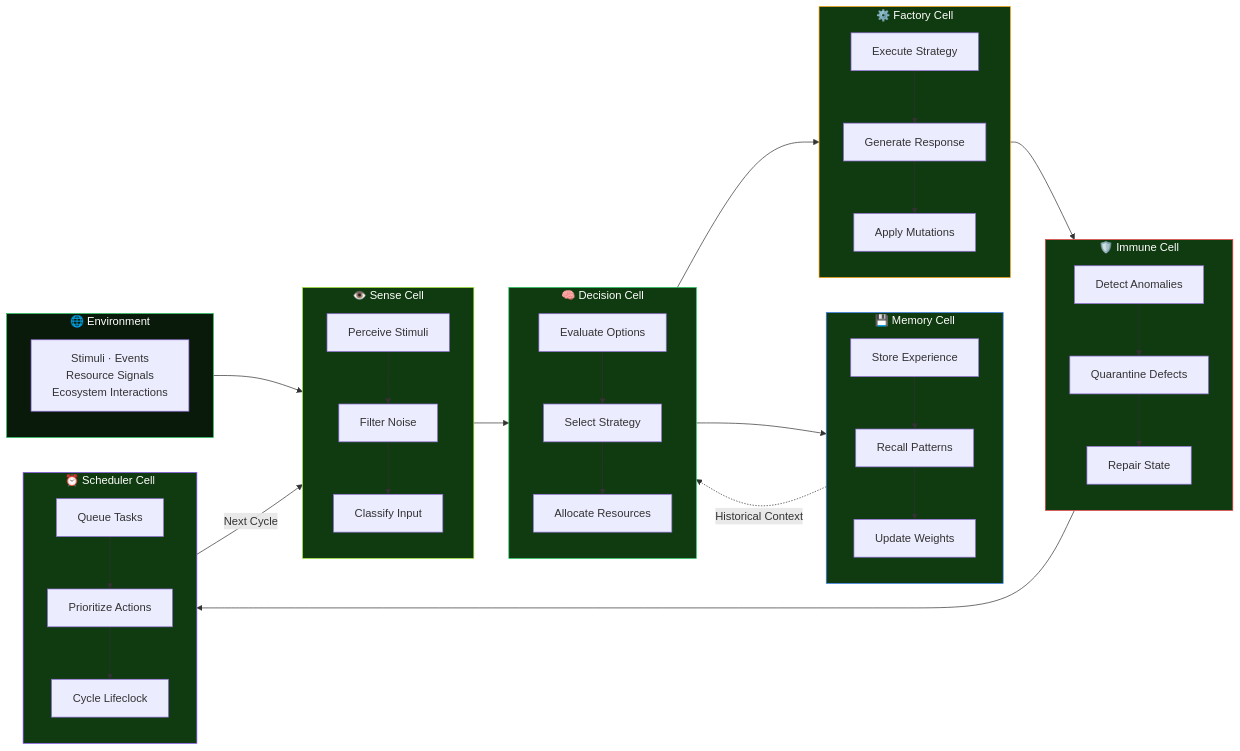
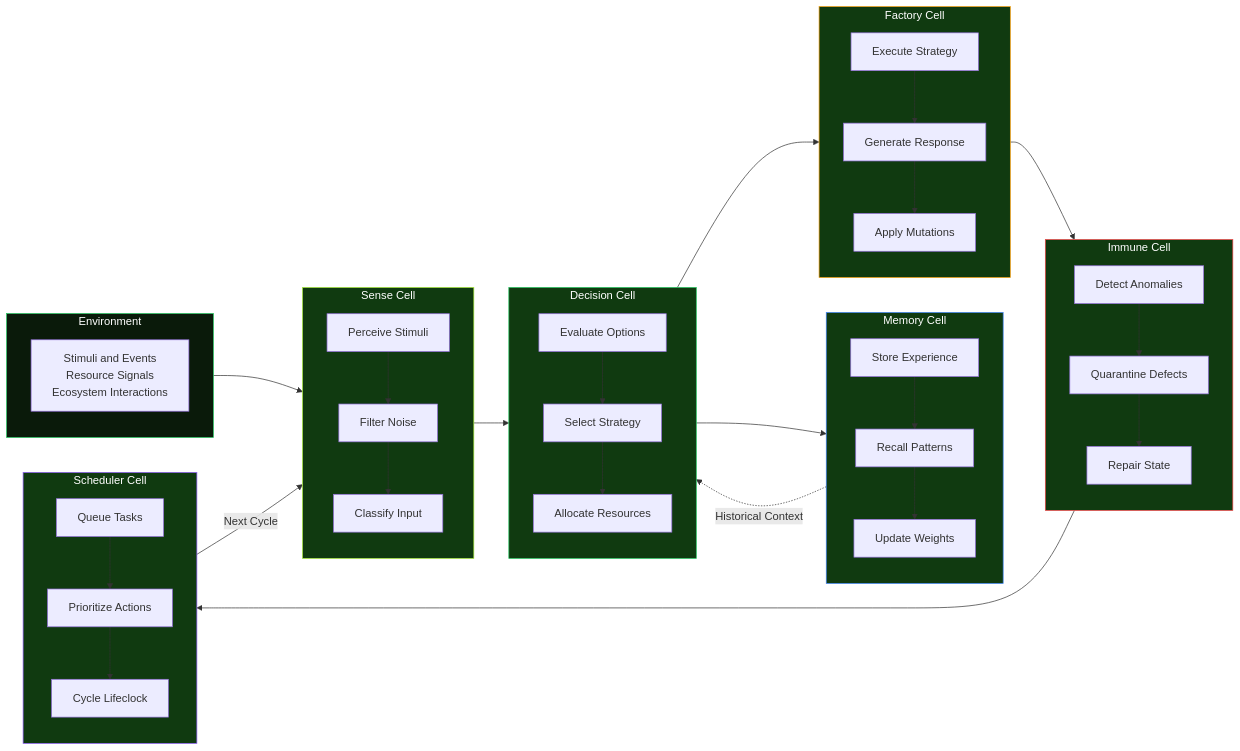
The first of 5 diagrams in README.md (mulkymalikuldhrs/autonomous-organism), drawn with Mermaid before and after one commit. The commit also changed other lines of this file and 1 other file, not shown here.

Commit message:
🎨 Upgrade: banner image + fixed Mermaid + animations + flow diagrams

````diff
--- a/README.md
+++ b/README.md
@@ -163,64 +40,64 @@
 ```mermaid
 flowchart LR
-    subgraph ENV["🌐 Environment"]
-        STIM["Stimuli · Events<br/>Resource Signals<br/>Ecosystem Interactions"]
+    subgraph ENV["Environment"]
+        STIM["Stimuli and Events<br/>Resource Signals<br/>Ecosystem Interactions"]
     end
 
-    subgraph SENSE["👁️ Sense Cell"]
+    subgraph SENSE["Sense Cell"]
         S1["Perceive Stimuli"]
         S2["Filter Noise"]
         S3["Classify Input"]
         S1 --> S2 --> S3
     end
 
-    subgraph DECISION["🧠 Decision Cell"]
+    subgraph DECISION["Decision Cell"]
         D1["Evaluate Options"]
         D2["Select Strategy"]
         D3["Allocate Resources"]
         D1 --> D2 --> D3
     end
 
-    subgraph MEMORY["💾 Memory Cell"]
+    subgraph MEMORY["Memory Cell"]
         M1["Store Experience"]
         M2["Recall Patterns"]
         M3["Update Weights"]
         M1 --> M2 --> M3
     end
 
-    subgraph FACTORY["⚙️ Factory Cell"]
+    subgraph FACTORY["Factory Cell"]
         F1["Execute Strategy"]
         F2["Generate Response"]
         F3["Apply Mutations"]
         F1 --> F2 --> F3
     end
 
-    subgraph IMMUNE["🛡️ Immune Cell"]
+    subgraph IMMUNE["Immune Cell"]
         I1["Detect Anomalies"]
         I2["Quarantine Defects"]
         I3["Repair State"]
         I1 --> I2 --> I3
     end
 
-    subgraph SCHED["⏰ Scheduler Cell"]
+    subgraph SCHED["Scheduler Cell"]
         T1["Queue Tasks"]
         T2["Prioritize Actions"]
         T3["Cycle Lifeclock"]
         T1 --> T2 --> T3
     end
 
     ENV --> SENSE --> DECISION
     DECISION --> MEMORY
     DECISION --> FACTORY
     FACTORY --> IMMUNE
     IMMUNE --> SCHED
-    SCHED -->|Next Cycle| SENSE
-    MEMORY -.->|Historical Context| DECISION
+    SCHED -->|"Next Cycle"| SENSE
+    MEMORY -.->|"Historical Context"| DECISION
 
     style ENV fill:#0a1a0a,stroke:#22c55e,color:#fff
     style SENSE fill:#103a10,stroke:#a3e635,color:#fff
     style DECISION fill:#103a10,stroke:#22c55e,color:#fff
     style MEMORY fill:#103a10,stroke:#3b82f6,color:#fff
     style FACTORY fill:#103a10,stroke:#f59e0b,color:#fff
     style IMMUNE fill:#103a10,stroke:#ef4444,color:#fff
     style SCHED fill:#103a10,stroke:#8b5cf6,color:#fff
 ```
````
